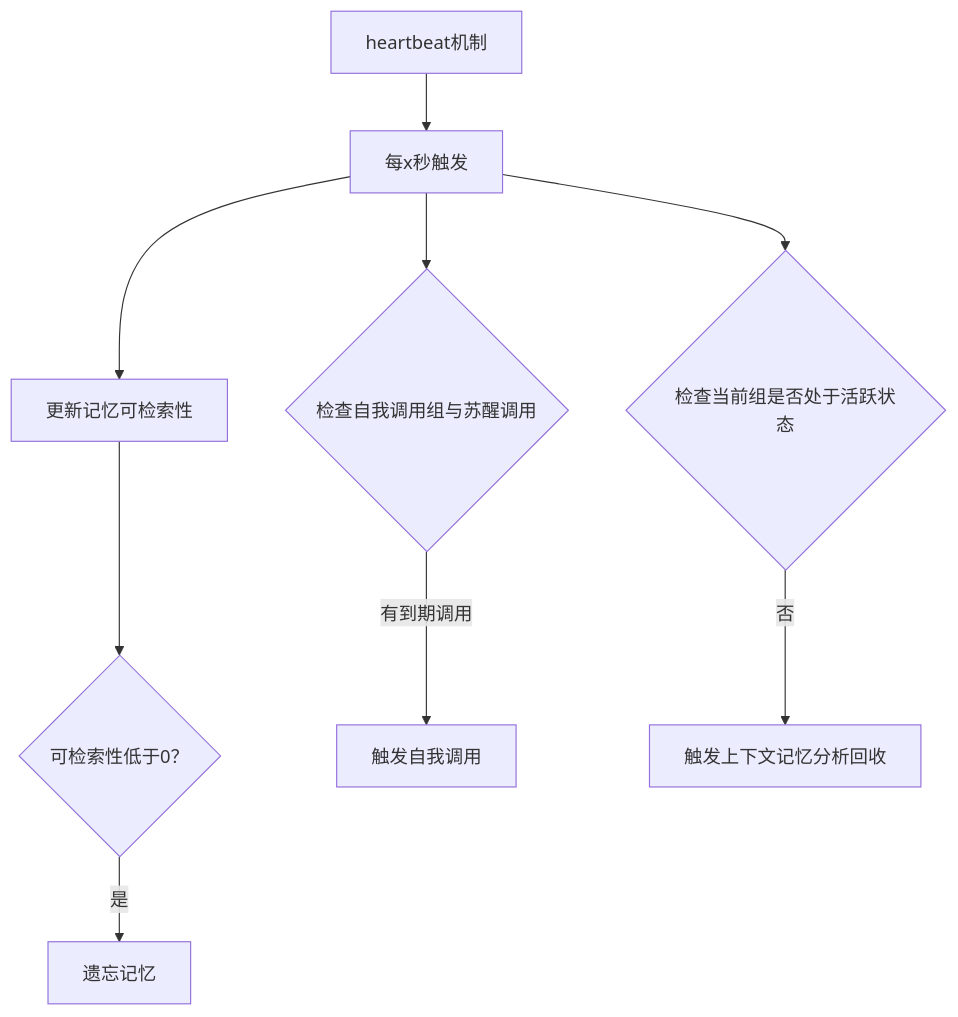
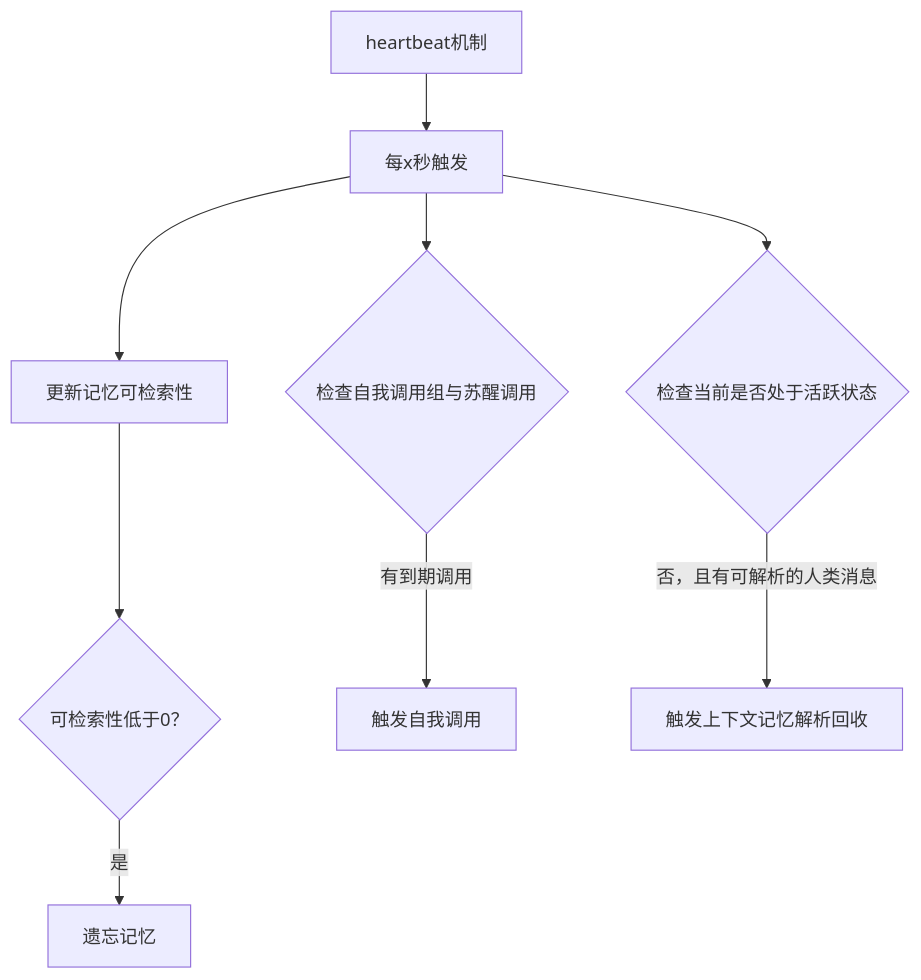
The fifth of 5 diagrams in README.md (Bartzh/become-human), drawn with Mermaid before and after one commit. The commit also changed other lines of this file, not shown here.

````diff
--- a/README.md
+++ b/README.md
@@ -111,11 +112,11 @@
 ```mermaid
 flowchart TD
     AQ[heartbeat机制] --> O1[每x秒触发]
     O1 --> P1[更新记忆可检索性]
     P1 --> Q1{可检索性低于0？}
     Q1 -->|是| R1[遗忘记忆]
     O1 --> CheckSelfInvoke{检查自我调用组与苏醒调用}
     CheckSelfInvoke -->|有到期调用| TriggerSelfInvoke[触发自我调用]
-    O1 --> CheckActive{检查当前组是否处于活跃状态}
-    CheckActive -->|否| TriggerRecycle[触发上下文记忆分析回收]
+    O1 --> CheckActive{检查当前是否处于活跃状态}
+    CheckActive -->|否，且有可解析的人类消息| TriggerRecycle[触发上下文记忆解析回收]
 ```
````
